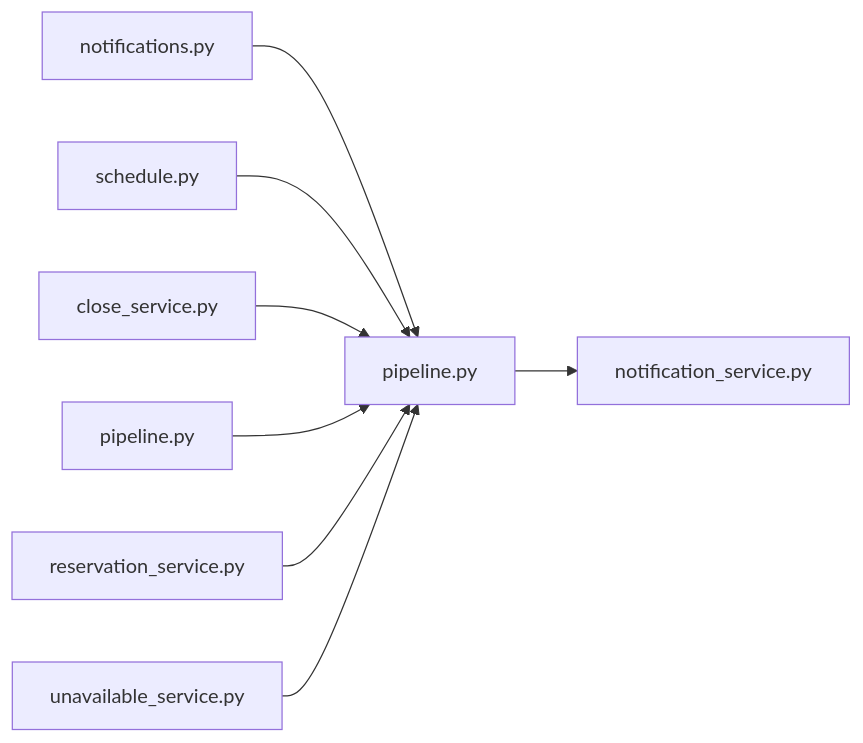
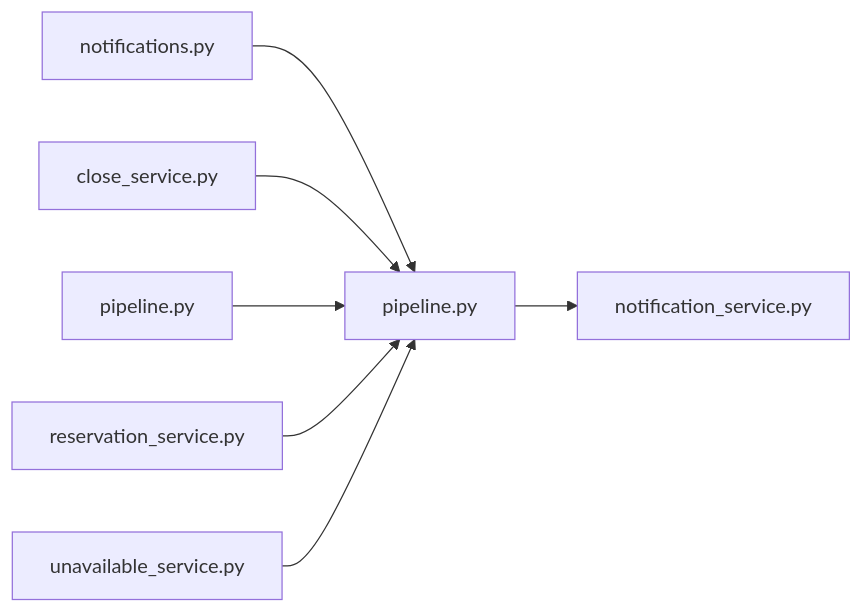
One commit to minkong-dev/Banblit changed the diagram in .cluedoc/graph/backend/src/backend/services/notification/pipeline.md. Above: the diagram before and after it, drawn with Mermaid. The commit also changed other lines of this file and 28 other files, not shown here.

````diff
--- a/.cluedoc/graph/backend/src/backend/services/notification/pipeline.md
+++ b/.cluedoc/graph/backend/src/backend/services/notification/pipeline.md
@@ -10,11 +10,10 @@
 ```mermaid
 flowchart LR
   backend_src_backend_services_notification_pipeline["pipeline.py"]
   backend_src_backend_services_notification_pipeline --> backend_src_backend_services_notification_notification_service["notification_service.py"]
   backend_src_backend_api_routers_notifications["notifications.py"] --> backend_src_backend_services_notification_pipeline
-  backend_src_backend_api_routers_schedule["schedule.py"] --> backend_src_backend_services_notification_pipeline
   backend_src_backend_services_period_close_service["close_service.py"] --> backend_src_backend_services_notification_pipeline
   backend_src_backend_services_period_pipeline["pipeline.py"] --> backend_src_backend_services_notification_pipeline
   backend_src_backend_services_reservation_reservation_service["reservation_service.py"] --> backend_src_backend_services_notification_pipeline
   backend_src_backend_services_unavailable_unavailable_service["unavailable_service.py"] --> backend_src_backend_services_notification_pipeline
 ```
````
